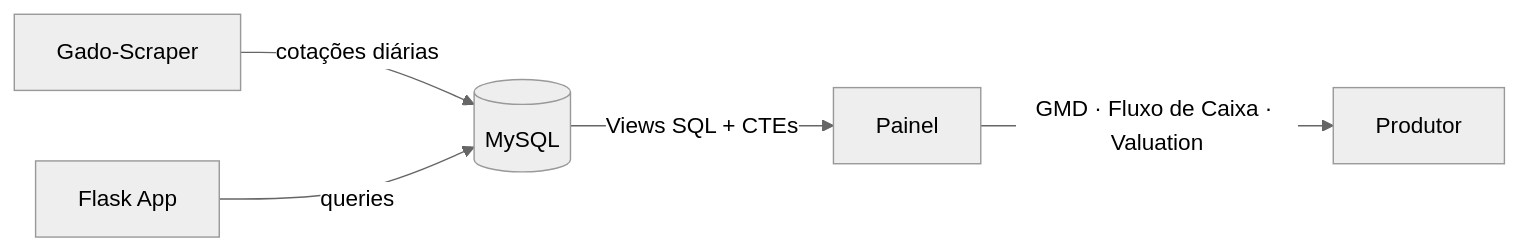
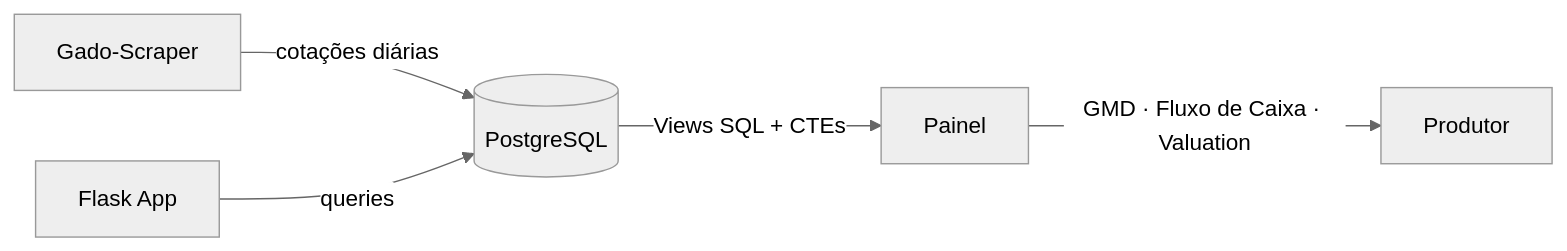
The diagram in README.md (Dom1ng0s/sistema_gado), drawn with Mermaid (neutral theme) before and after one commit. The commit also changed other lines of this file and 6 other files, not shown here.

First line of the commit message:
feat(#115): deploy config + docs + demo scripts para PostgreSQL

````diff
--- a/README.md
+++ b/README.md
@@ -26,7 +26,7 @@
 ```mermaid
 graph LR
-    A[Gado-Scraper] -->|cotações diárias| B[(MySQL)]
+    A[Gado-Scraper] -->|cotações diárias| B[(PostgreSQL)]
     C[Flask App] -->|queries| B
     B -->|Views SQL + CTEs| D[Painel]
     D -->|GMD · Fluxo de Caixa · Valuation| E[Produtor]
 ```
````
